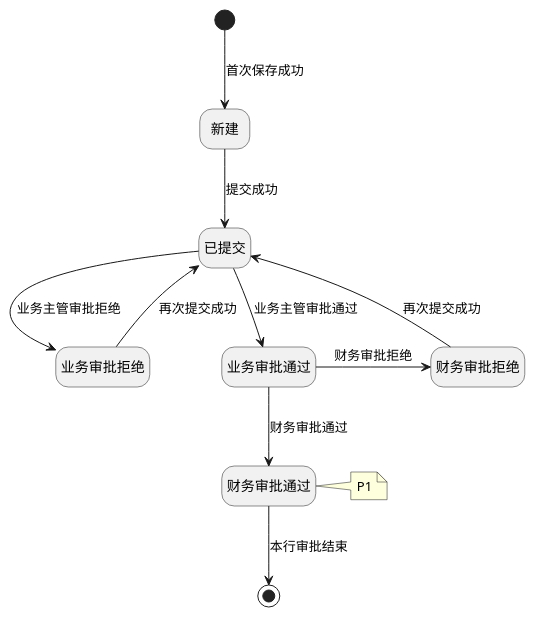
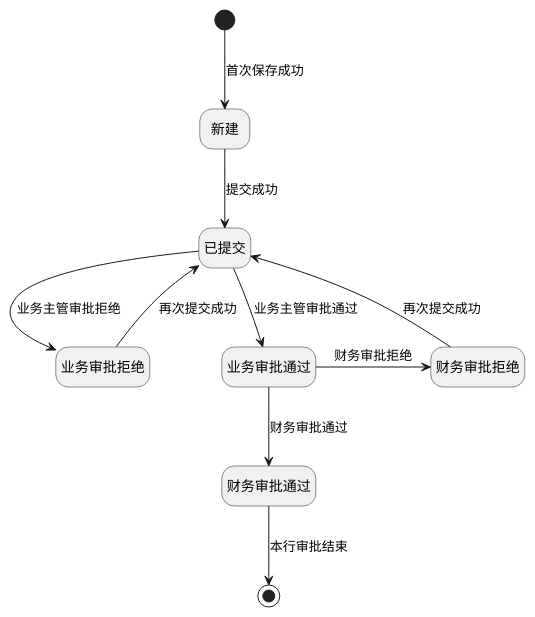
The diagram in product-caliber/goldjet/segmented-prd/PRD.高捷物流系统一期.第023篇.财务结算-订单成本管理.70AD0AF66B.md (jack888332/projects-doc), drawn with PlantUML before and after one commit. The commit also changed other lines of this file and 24 other files, not shown here.

````diff
--- a/product-caliber/goldjet/segmented-prd/PRD.高捷物流系统一期.第023篇.财务结算-订单成本管理.70AD0AF66B.md
+++ b/product-caliber/goldjet/segmented-prd/PRD.高捷物流系统一期.第023篇.财务结算-订单成本管理.70AD0AF66B.md
@@ -343,22 +343,21 @@
 ```plantuml
 @startuml goldjet-state-023-cost-line-approval
 hide empty description
 state "新建" as New
 state "已提交" as Submitted
 state "业务审批通过" as BusinessApproved
 state "业务审批拒绝" as BusinessRejected
 state "财务审批通过" as FinanceApproved
 state "财务审批拒绝" as FinanceRejected
 
 [*] --> New : 首次保存成功
 New -down-> Submitted : 提交成功
 Submitted -down-> BusinessApproved : 业务主管审批通过
 Submitted -right-> BusinessRejected : 业务主管审批拒绝
 BusinessRejected -up-> Submitted : 再次提交成功
 BusinessApproved -down-> FinanceApproved : 财务审批通过
 BusinessApproved -right-> FinanceRejected : 财务审批拒绝
 FinanceRejected -up-> Submitted : 再次提交成功
 FinanceApproved --> [*] : 本行审批结束
-note right of FinanceApproved : P1
 @enduml
 ```
````
